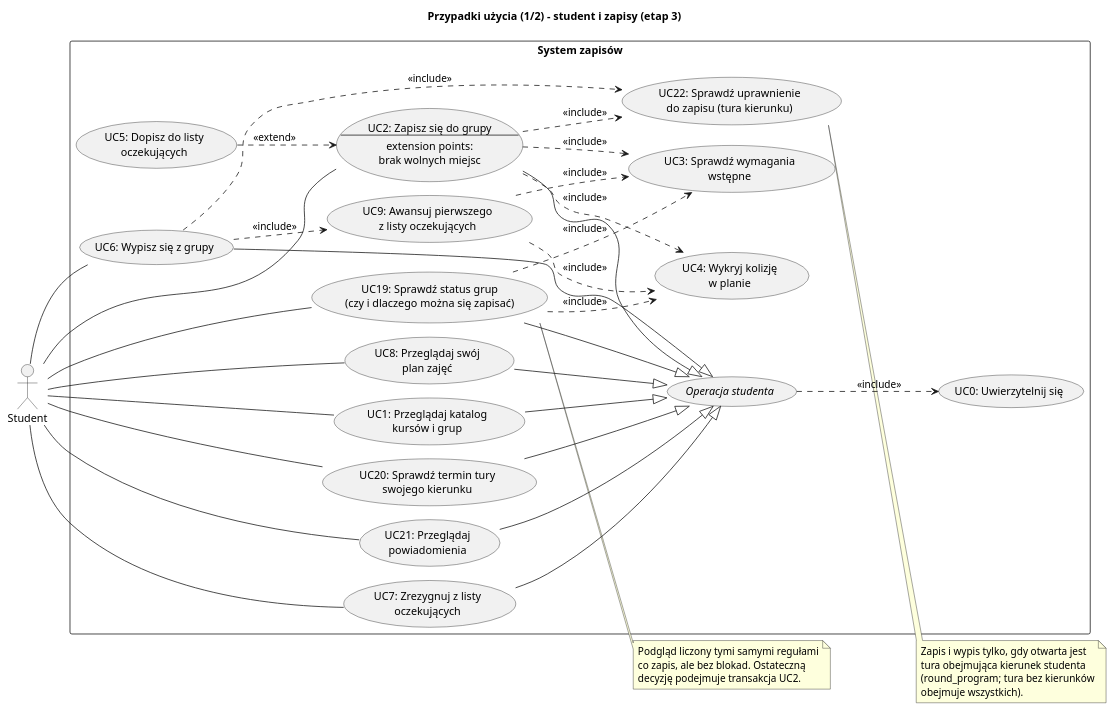
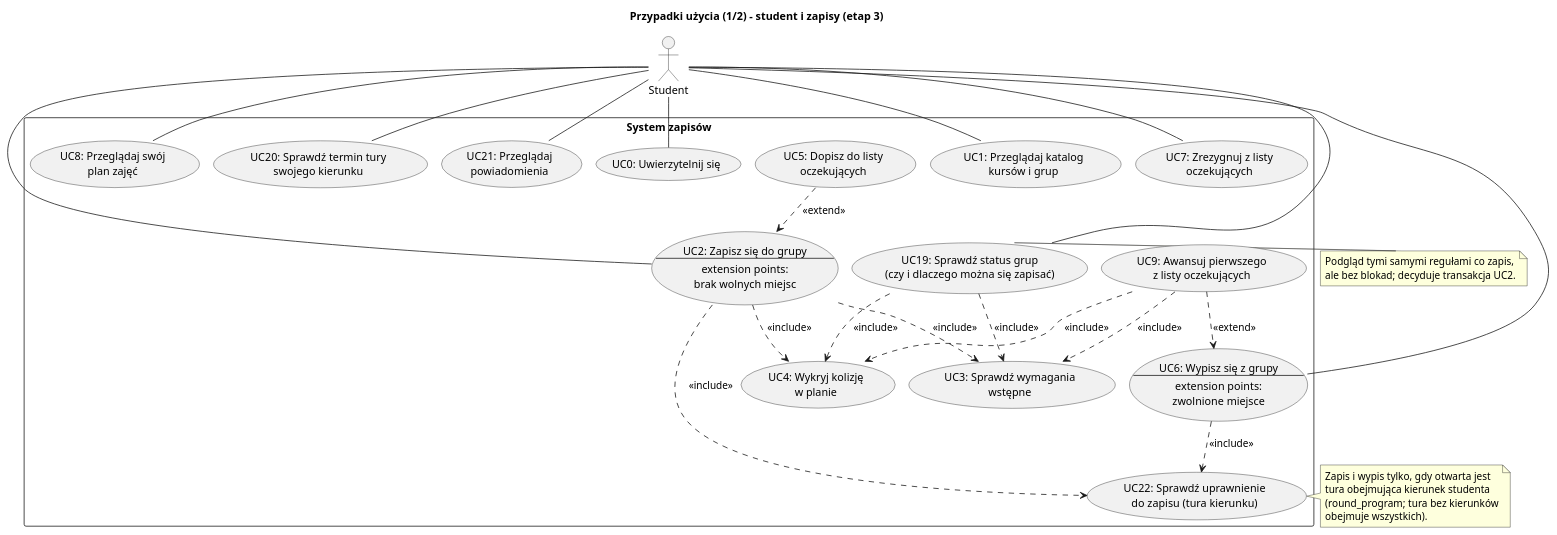
The diagram in etap3/diagramy/przypadki_uzycia_student.puml (Husaria55/USOSv2), drawn with PlantUML before and after one commit. The commit also changed 14 other files, not shown here.

First line of the commit message:
Etap 3: spójność diagramów z kodem i README (recenzja main)

```diff
--- a/etap3/diagramy/przypadki_uzycia_student.puml
+++ b/etap3/diagramy/przypadki_uzycia_student.puml
@@ -1,71 +1,64 @@
 @startuml przypadki_uzycia_student
 !pragma layout smetana
-left to right direction
+top to bottom direction
 title Przypadki użycia (1/2) – student i zapisy (etap 3)
 skinparam shadowing false
 
 actor "Student" as S
 
 rectangle "System zapisów" {
-  usecase "//Operacja studenta//" as OPS
   usecase "UC0: Uwierzytelnij się" as UC0
   usecase "UC1: Przeglądaj katalog\nkursów i grup" as UC1
   usecase UC2 as "UC2: Zapisz się do grupy
 --
 extension points:
 brak wolnych miejsc"
   usecase "UC3: Sprawdź wymagania\nwstępne" as UC3
   usecase "UC4: Wykryj kolizję\nw planie" as UC4
   usecase "UC5: Dopisz do listy\noczekujących" as UC5
-  usecase "UC6: Wypisz się z grupy" as UC6
+  usecase UC6 as "UC6: Wypisz się z grupy
+--
+extension points:
+zwolnione miejsce"
   usecase "UC7: Zrezygnuj z listy\noczekujących" as UC7
   usecase "UC8: Przeglądaj swój\nplan zajęć" as UC8
   usecase "UC9: Awansuj pierwszego\nz listy oczekujących" as UC9
   usecase "UC19: Sprawdź status grup\n(czy i dlaczego można się zapisać)" as UC19
   usecase "UC20: Sprawdź termin tury\nswojego kierunku" as UC20
   usecase "UC21: Przeglądaj\npowiadomienia" as UC21
   usecase "UC22: Sprawdź uprawnienie\ndo zapisu (tura kierunku)" as UC22
 }
 
+S -- UC0
 S -- UC1
 S -- UC2
 S -- UC6
 S -- UC7
 S -- UC8
 S -- UC19
 S -- UC20
 S -- UC21
 
-UC1 --|> OPS
-UC2 --|> OPS
-UC6 --|> OPS
-UC7 --|> OPS
-UC8 --|> OPS
-UC19 --|> OPS
-UC20 --|> OPS
-UC21 --|> OPS
-OPS ..> UC0 : <<include>>
 
 UC2 ..> UC22 : <<include>>
 UC2 ..> UC3 : <<include>>
 UC2 ..> UC4 : <<include>>
 UC5 ..> UC2 : <<extend>>
 UC6 ..> UC22 : <<include>>
-UC6 ..> UC9 : <<include>>
+UC9 ..> UC6 : <<extend>>
 UC9 ..> UC3 : <<include>>
 UC9 ..> UC4 : <<include>>
 UC19 ..> UC3 : <<include>>
 UC19 ..> UC4 : <<include>>
 
 note right of UC22
   Zapis i wypis tylko, gdy otwarta jest
   tura obejmująca kierunek studenta
   (round_program; tura bez kierunków
   obejmuje wszystkich).
 end note
-note right of UC19
-  Podgląd liczony tymi samymi regułami
-  co zapis, ale bez blokad. Ostateczną
-  decyzję podejmuje transakcja UC2.
+note left of UC19
+  Podgląd tymi samymi regułami co zapis,
+  ale bez blokad; decyduje transakcja UC2.
 end note
 @enduml
```
